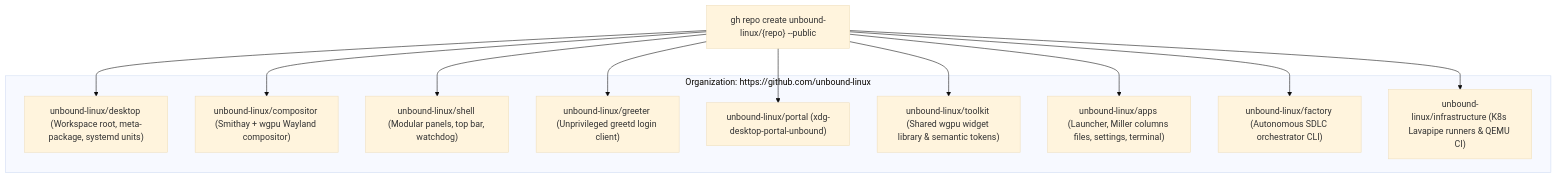
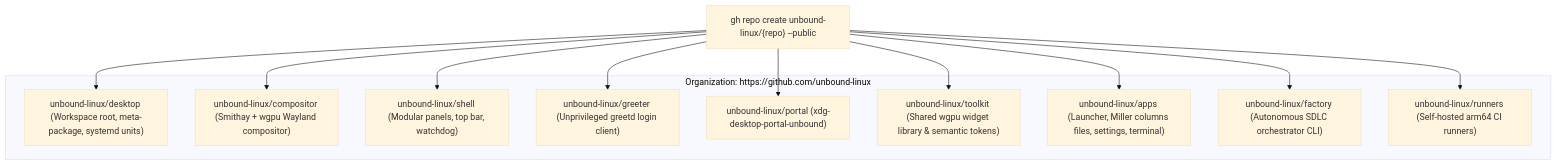
The fourth of 8 diagrams in docs/ARCHITECTURE.md (bande-linux/desktop), drawn with Mermaid (base theme) before and after one commit. The commit also changed other lines of this file and 4 other files, not shown here.

Commit message:
Plan CI on the organization's self-hosted arm64 runners

````diff
--- a/docs/ARCHITECTURE.md
+++ b/docs/ARCHITECTURE.md
@@ -341,16 +341,16 @@
 ```mermaid
 graph TD
     subgraph "Organization: https://github.com/unbound-linux"
         R1["unbound-linux/desktop (Workspace root, meta-package, systemd units)"]
         R2["unbound-linux/compositor (Smithay + wgpu Wayland compositor)"]
         R3["unbound-linux/shell (Modular panels, top bar, watchdog)"]
         R4["unbound-linux/greeter (Unprivileged greetd login client)"]
         R5["unbound-linux/portal (xdg-desktop-portal-unbound)"]
         R6["unbound-linux/toolkit (Shared wgpu widget library & semantic tokens)"]
         R7["unbound-linux/apps (Launcher, Miller columns files, settings, terminal)"]
         R8["unbound-linux/factory (Autonomous SDLC orchestrator CLI)"]
-        R9["unbound-linux/infrastructure (K8s Lavapipe runners & QEMU CI)"]
+        R9["unbound-linux/runners (Self-hosted arm64 CI runners)"]
     end
 
     GH["gh repo create unbound-linux/{repo} --public"] --> R1 & R2 & R3 & R4 & R5 & R6 & R7 & R8 & R9
 ```
````
